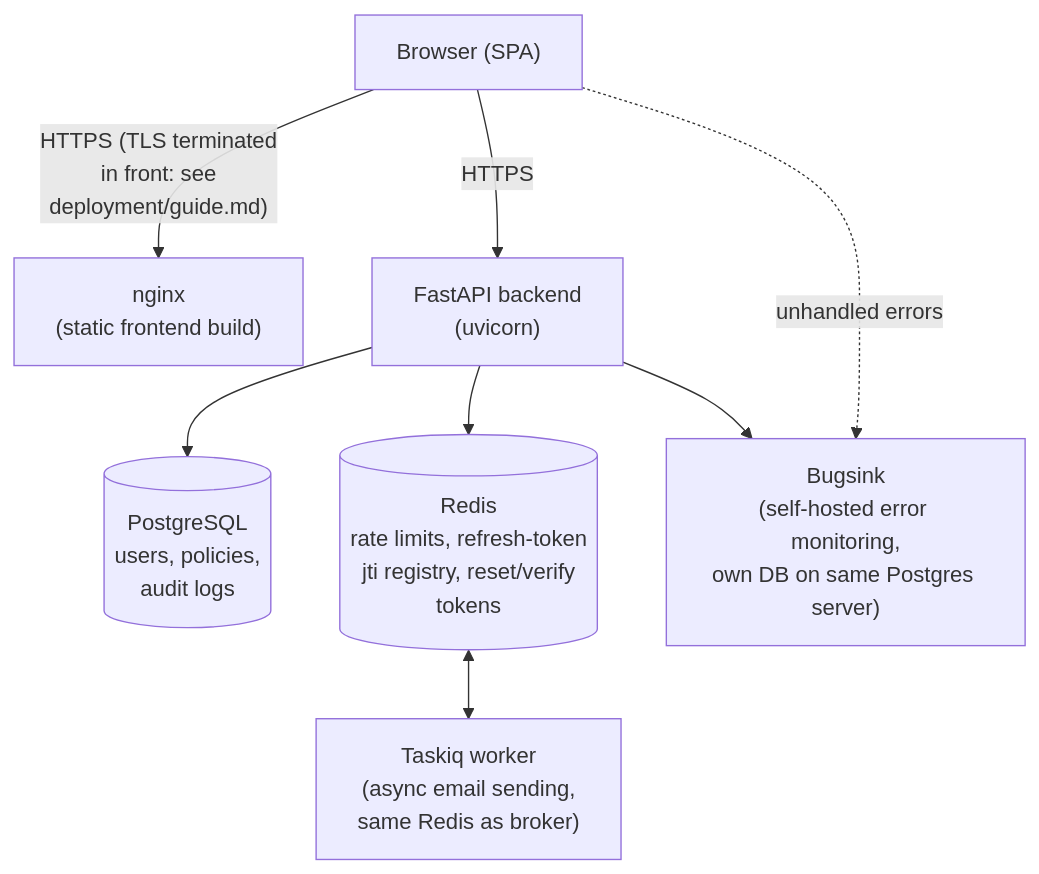
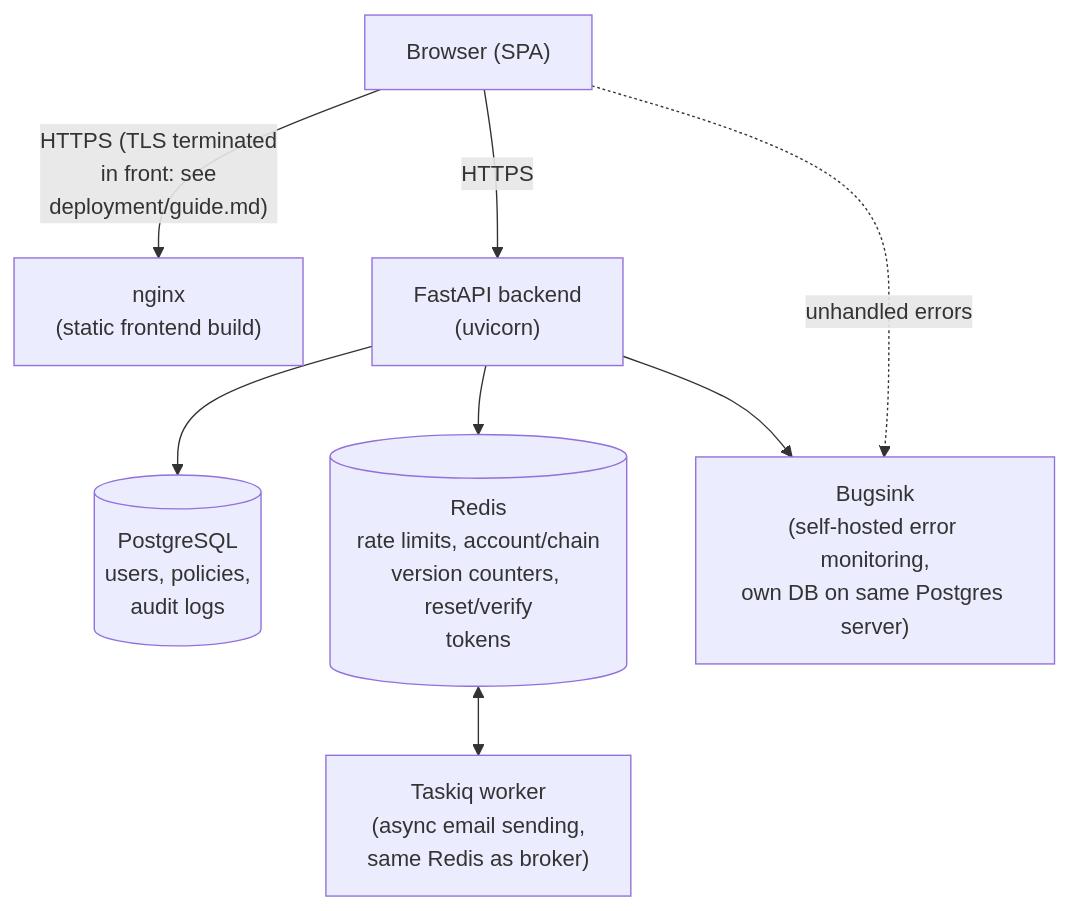
The first of 2 diagrams in docs/mystic_auth/architecture/system-overview.md (Nachiket-2024/mystic-auth), drawn with Mermaid before and after one commit. The commit also changed other lines of this file and 248 other files, not shown here.

````diff
--- a/docs/mystic_auth/architecture/system-overview.md
+++ b/docs/mystic_auth/architecture/system-overview.md
@@ -7,17 +7,17 @@
 ```mermaid
 flowchart TD
     Browser["Browser (SPA)"]
 
     Browser -- "HTTPS (TLS terminated<br/>in front: see<br/>deployment/guide.md)" --> Nginx
     Browser -- HTTPS --> Backend
 
     Nginx["nginx<br/>(static frontend build)"]
     Backend["FastAPI backend<br/>(uvicorn)"]
 
     Backend --> Postgres[("PostgreSQL<br/>users, policies,<br/>audit logs")]
-    Backend --> Redis[("Redis<br/>rate limits, refresh-token<br/>jti registry, reset/verify<br/>tokens")]
+    Backend --> Redis[("Redis<br/>rate limits, account/chain<br/>version counters, reset/verify<br/>tokens")]
     Backend --> Bugsink["Bugsink<br/>(self-hosted error monitoring,<br/>own DB on same Postgres server)"]
     Browser -. "unhandled errors" .-> Bugsink
 
     Redis <--> Taskiq["Taskiq worker<br/>(async email sending,<br/>same Redis as broker)"]
 ```
````
